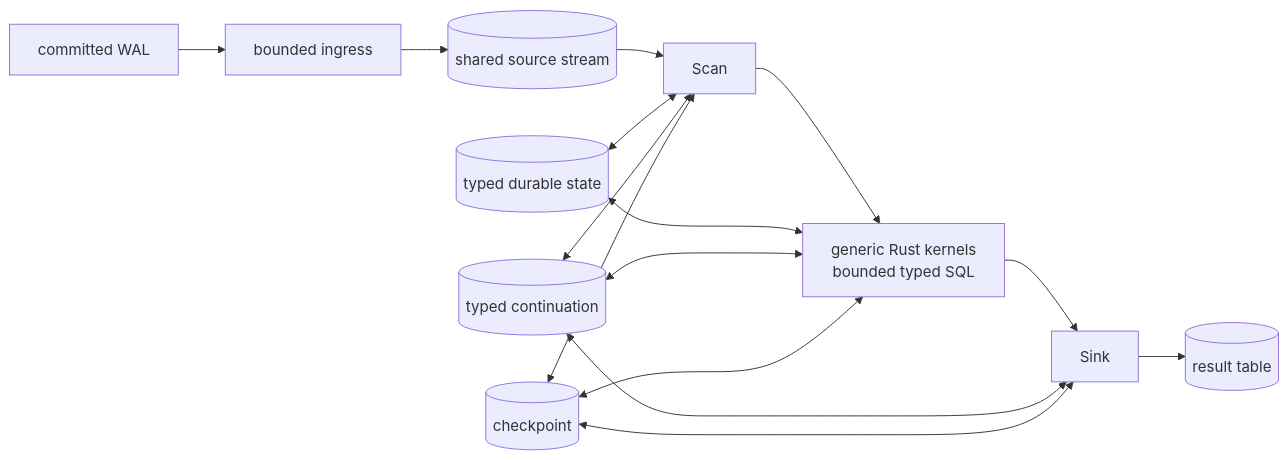
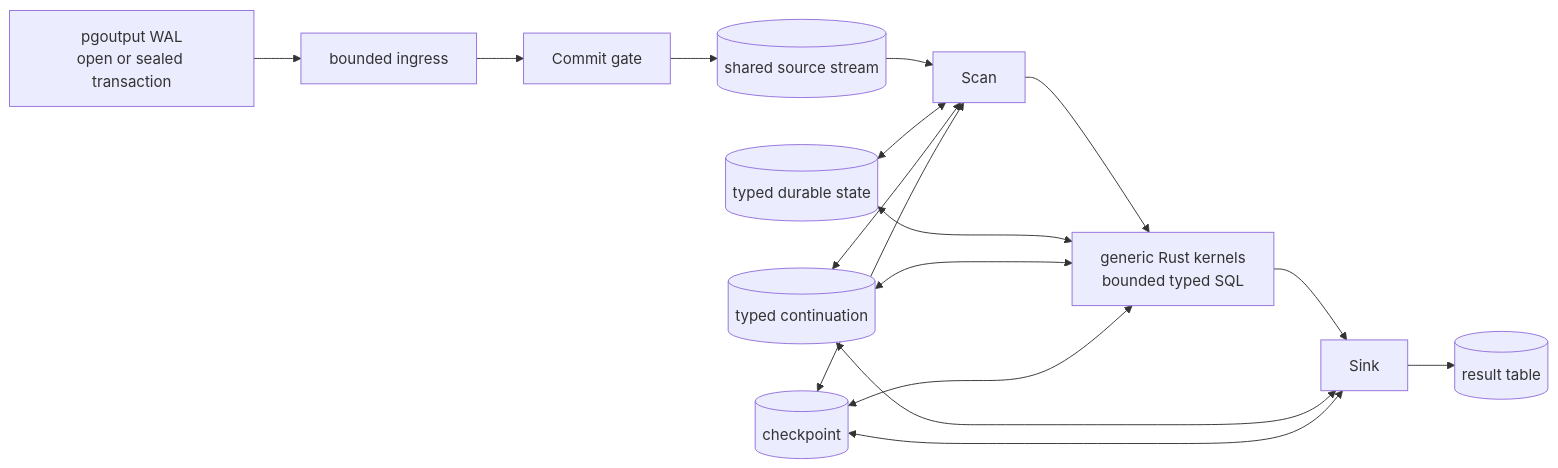
The diagram in README.md (frelion/shiba), drawn with Mermaid before and after one commit. The commit also changed other lines of this file and 5 other files, not shown here.

Commit message:
docs: align architecture with kernel runner

````diff
--- a/README.md
+++ b/README.md
@@ -16,18 +16,19 @@
 ```mermaid
 flowchart LR
-    WAL["committed WAL"] --> IN["bounded ingress"]
-    IN --> SRC[("shared source stream")]
+    WAL["pgoutput WAL<br/>open or sealed transaction"] --> IN["bounded ingress"]
+    IN --> C["Commit gate"]
+    C --> SRC[("shared source stream")]
     SRC --> S["Scan"]
     S --> O["generic Rust kernels<br/>bounded typed SQL"]
     O --> K["Sink"]
     K --> R[("result table")]
 
     ST[("typed durable state")] <--> S
     ST <--> O
     CT[("typed continuation")] <--> S
     CT <--> O
     CT <--> K
     CP[("checkpoint")] <--> S
     CP <--> O
     CP <--> K
 ```
````
